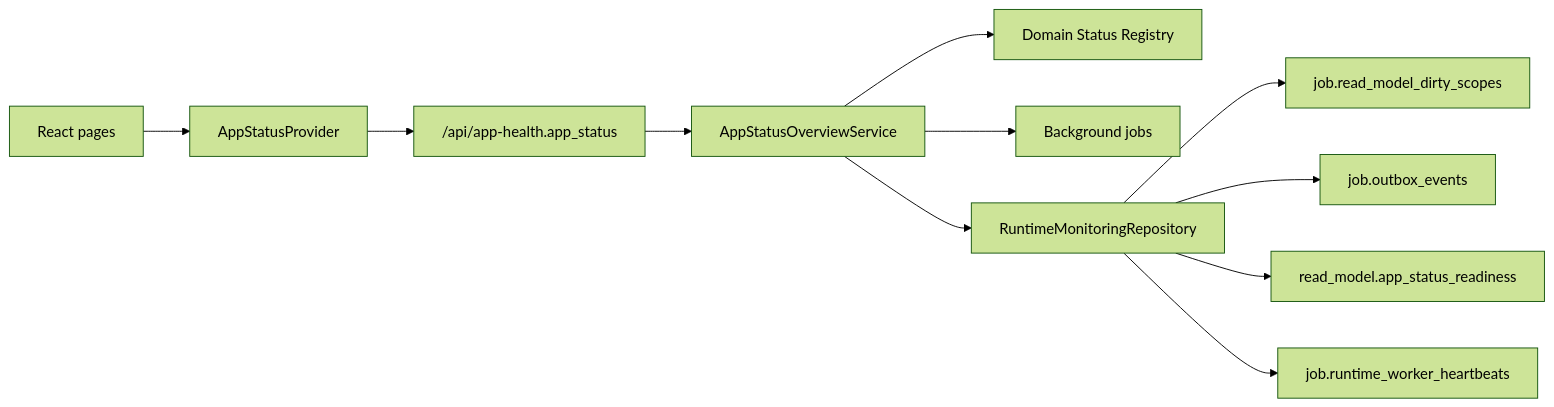
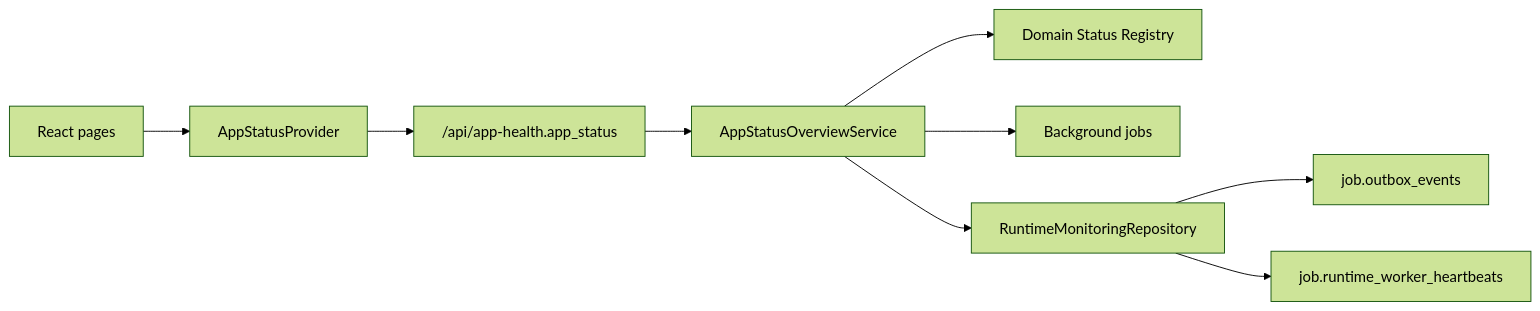
Before and after one commit to Yhuir/fin-ops-platform: the second of 2 diagrams in docs/app-architecture/runtime-and-ownership.md, drawn with Mermaid (forest theme). The commit also changed other lines of this file and 2794 other files, not shown here.

````diff
--- a/docs/app-architecture/runtime-and-ownership.md
+++ b/docs/app-architecture/runtime-and-ownership.md
@@ -118,13 +127,11 @@
 ```mermaid
 flowchart LR
   Pages["React pages"] --> Provider["AppStatusProvider"]
   Provider --> HealthAPI["/api/app-health.app_status"]
   HealthAPI --> Plane["AppStatusOverviewService"]
   Plane --> Registry["Domain Status Registry"]
   Plane --> Jobs["Background jobs"]
   Plane --> RuntimeRepo["RuntimeMonitoringRepository"]
-  RuntimeRepo --> Dirty["job.read_model_dirty_scopes"]
   RuntimeRepo --> Outbox["job.outbox_events"]
-  RuntimeRepo --> Readiness["read_model.app_status_readiness"]
   RuntimeRepo --> Heartbeat["job.runtime_worker_heartbeats"]
 ```
````
